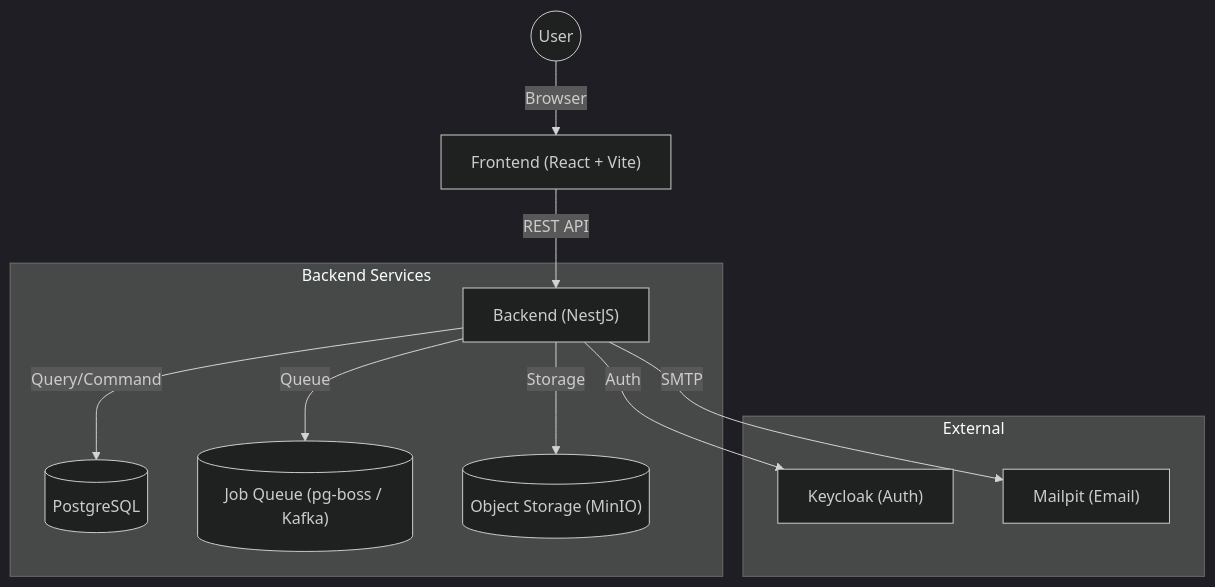
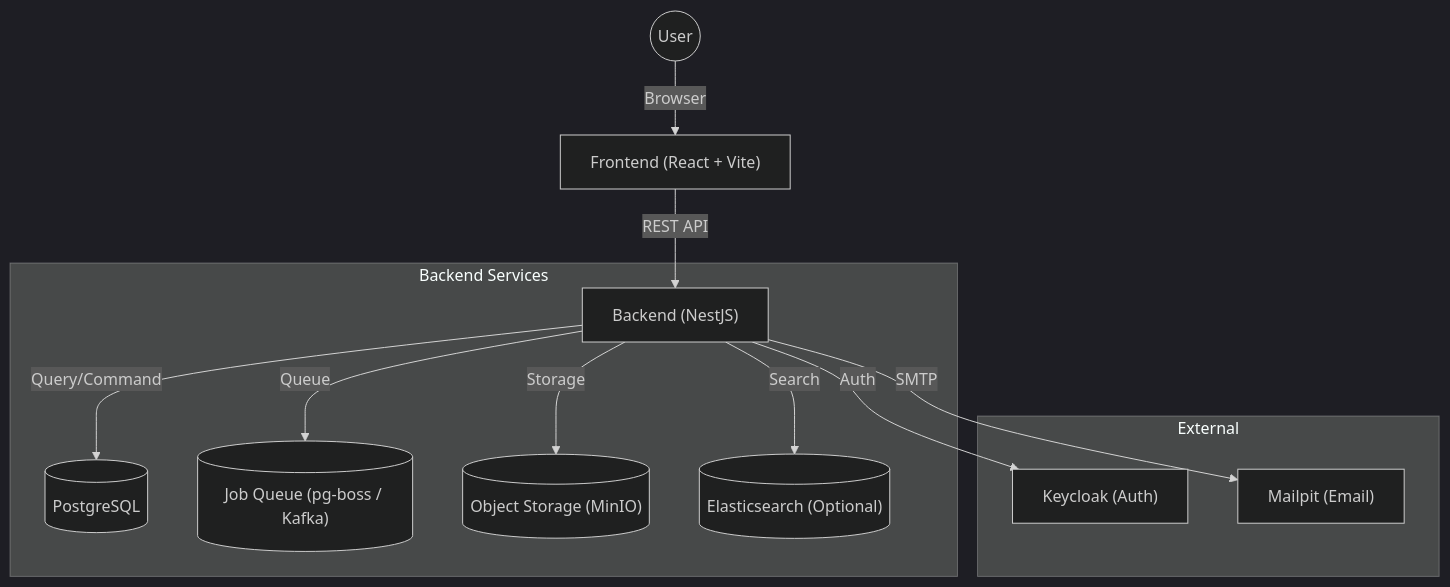
Before and after one commit to kenichi-33/flow-craft: the diagram in README.md, drawn with Mermaid (dark theme). The commit also changed 2 other files, not shown here.

Commit message:
[Update] 排他制御

````diff
--- a/README.md
+++ b/README.md
@@ -127,16 +127,17 @@
 ```mermaid
 graph TD
     User((User)) -->|Browser| Frontend["Frontend (React + Vite)"]
     Frontend -->|REST API| Backend["Backend (NestJS)"]
     
     subgraph Backend Services
         Backend -->|Query/Command| DB[("PostgreSQL")]
         Backend -->|Queue| Queue[("Job Queue (pg-boss / Kafka)")]
         Backend -->|Storage| S3[("Object Storage (MinIO)")]
+        Backend -->|Search| ES[("Elasticsearch (Optional)")]
     end
-    
+
     subgraph External
         Backend -->|Auth| Keycloak["Keycloak (Auth)"]
         Backend -->|SMTP| Mailpit["Mailpit (Email)"]
     end
 ```
````
